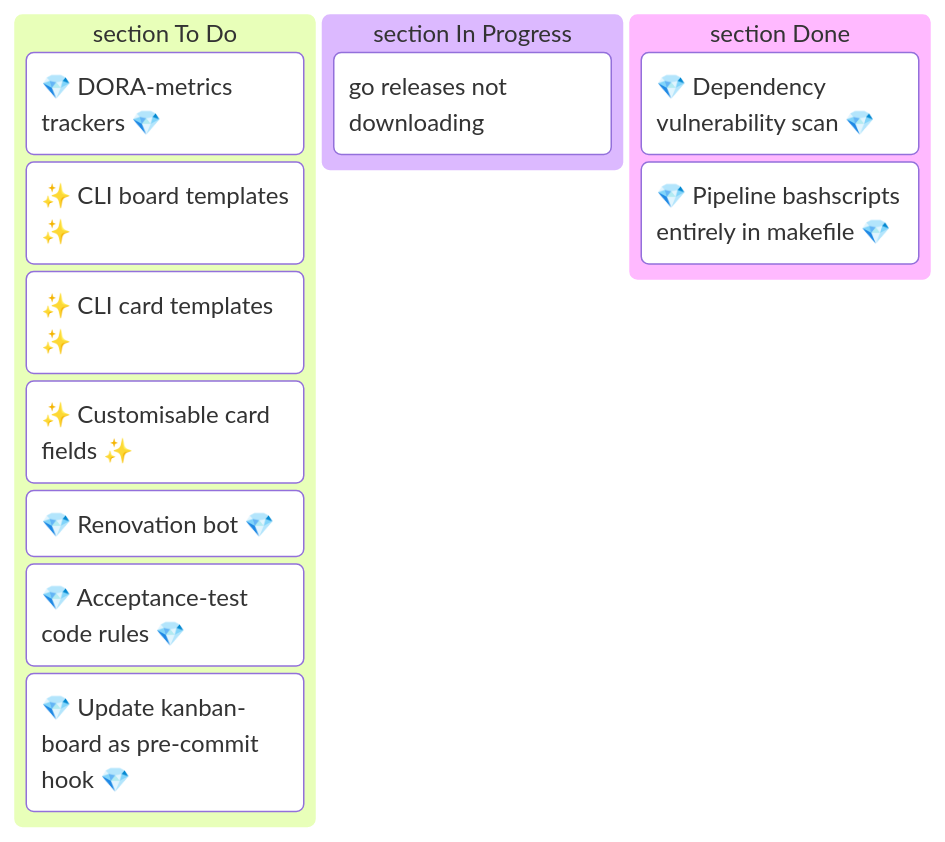
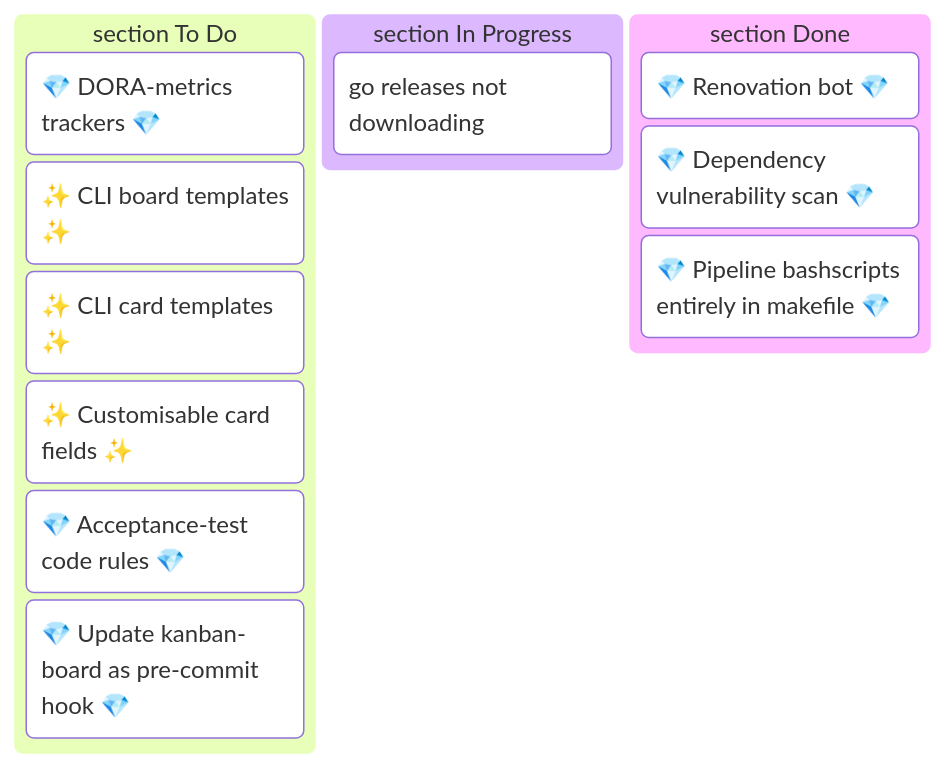
Before and after one commit to jmsargent/Kanban: the diagram in README.md, drawn with Mermaid. The commit also changed other lines of this file, not shown here.

Commit message:
chore: update mermaid board

````diff
--- a/README.md
+++ b/README.md
@@ -8,16 +8,16 @@
 ```mermaid
 kanban
   section To Do
     TASK-001@{ label: "💎 DORA-metrics trackers 💎" }
     TASK-002@{ label: "✨ CLI board templates ✨" }
     TASK-003@{ label: "✨ CLI card templates ✨" }
     TASK-004@{ label: "✨ Customisable card fields ✨" }
-    TASK-005@{ label: "💎 Renovation bot 💎" }
     TASK-008@{ label: "💎 Acceptance-test code rules 💎" }
     TASK-009@{ label: "💎 Update kanban-board as pre-commit hook 💎" }
   section In Progress
     TASK-010@{ label: "go releases not downloading" }
   section Done
+    TASK-005@{ label: "💎 Renovation bot 💎" }
     TASK-006@{ label: "💎 Dependency vulnerability scan 💎" }
     TASK-007@{ label: "💎 Pipeline bashscripts entirely in makefile 💎" }
 ```
````
